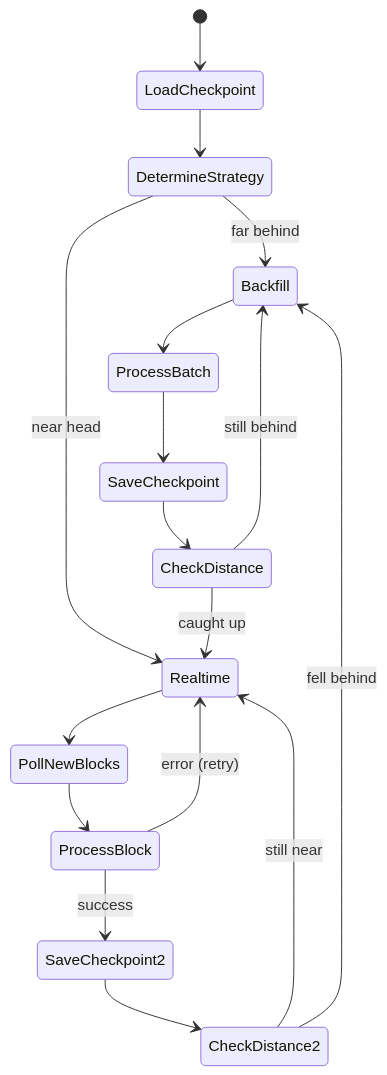
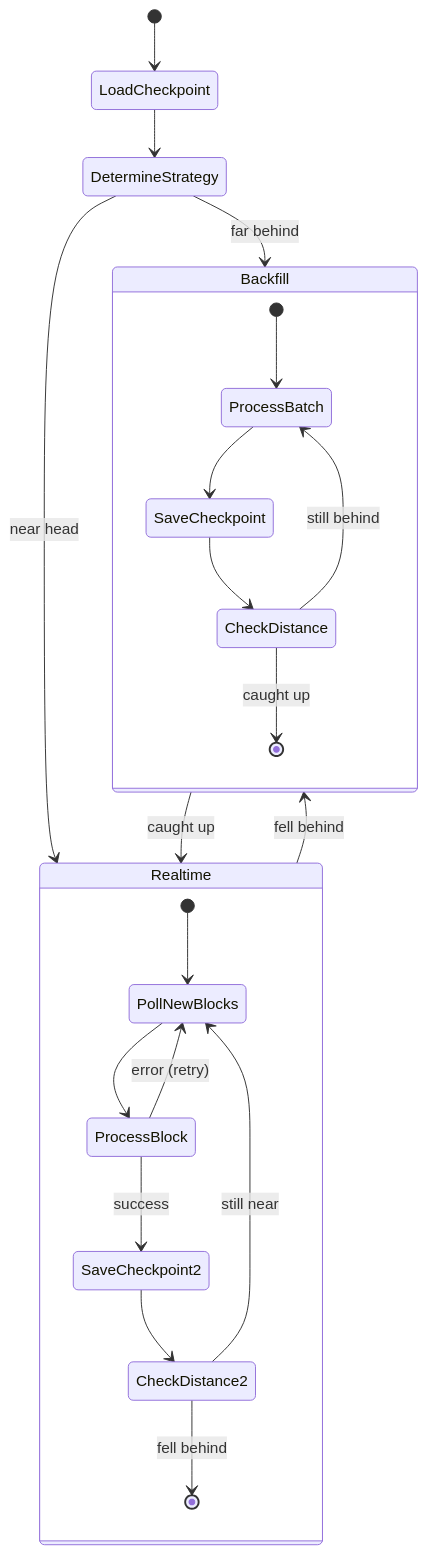
One commit to 0xkanth/polymarket-indexer changed the fifth of 6 diagrams in docs/MASTER_LEARNING_PATH.md. Above: the diagram before and after it, drawn with Mermaid. The commit also changed 2 other files, not shown here.

Commit message:
doc: design-pattern resources

````diff
--- a/docs/MASTER_LEARNING_PATH.md
+++ b/docs/MASTER_LEARNING_PATH.md
@@ -419,22 +419,29 @@
 ```mermaid
 stateDiagram-v2
     [*] --> LoadCheckpoint
     LoadCheckpoint --> DetermineStrategy
+    
     DetermineStrategy --> Backfill: far behind
     DetermineStrategy --> Realtime: near head
     
-    Backfill --> ProcessBatch
-    ProcessBatch --> SaveCheckpoint
-    SaveCheckpoint --> CheckDistance
-    CheckDistance --> Backfill: still behind
-    CheckDistance --> Realtime: caught up
+    state Backfill {
+        [*] --> ProcessBatch
+        ProcessBatch --> SaveCheckpoint
+        SaveCheckpoint --> CheckDistance
+        CheckDistance --> ProcessBatch: still behind
+        CheckDistance --> [*]: caught up
+    }
     
-    Realtime --> PollNewBlocks
-    PollNewBlocks --> ProcessBlock
-    ProcessBlock --> SaveCheckpoint2: success
-    SaveCheckpoint2 --> CheckDistance2
-    CheckDistance2 --> Realtime: still near
-    CheckDistance2 --> Backfill: fell behind
+    state Realtime {
+        [*] --> PollNewBlocks
+        PollNewBlocks --> ProcessBlock
+        ProcessBlock --> SaveCheckpoint2: success
+        ProcessBlock --> PollNewBlocks: error (retry)
+        SaveCheckpoint2 --> CheckDistance2
+        CheckDistance2 --> PollNewBlocks: still near
+        CheckDistance2 --> [*]: fell behind
+    }
     
-    ProcessBlock --> Realtime: error (retry)
+    Backfill --> Realtime: caught up
+    Realtime --> Backfill: fell behind
 ```
````
